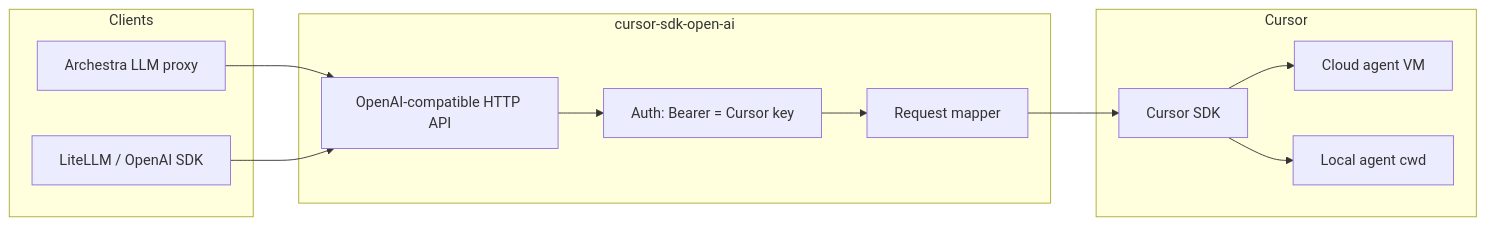
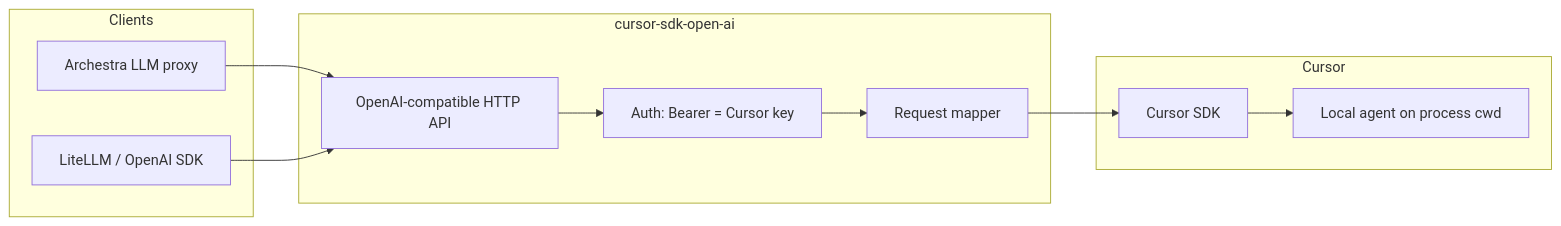
One commit to elad-bar/cursor-open-ai-adapater changed the diagram in docs/architecture.md. Above: the diagram before and after it, drawn with Mermaid. The commit also changed other lines of this file and 9 other files, not shown here.

````diff
--- a/docs/architecture.md
+++ b/docs/architecture.md
@@ -5,24 +5,22 @@
 ```mermaid
 flowchart LR
   subgraph clients [Clients]
     Archestra[Archestra LLM proxy]
     LiteLLM[LiteLLM / OpenAI SDK]
   end
   subgraph gateway [cursor-sdk-open-ai]
     API[OpenAI-compatible HTTP API]
     Map[Request mapper]
     Auth[Auth: Bearer = Cursor key]
   end
   subgraph cursor [Cursor]
     SDK[Cursor SDK]
-    Cloud[Cloud agent VM]
-    Local[Local agent cwd]
+    Local[Local agent on process cwd]
   end
   Archestra --> API
   LiteLLM --> API
   API --> Auth
   Auth --> Map
   Map --> SDK
-  SDK --> Cloud
   SDK --> Local
 ```
````
